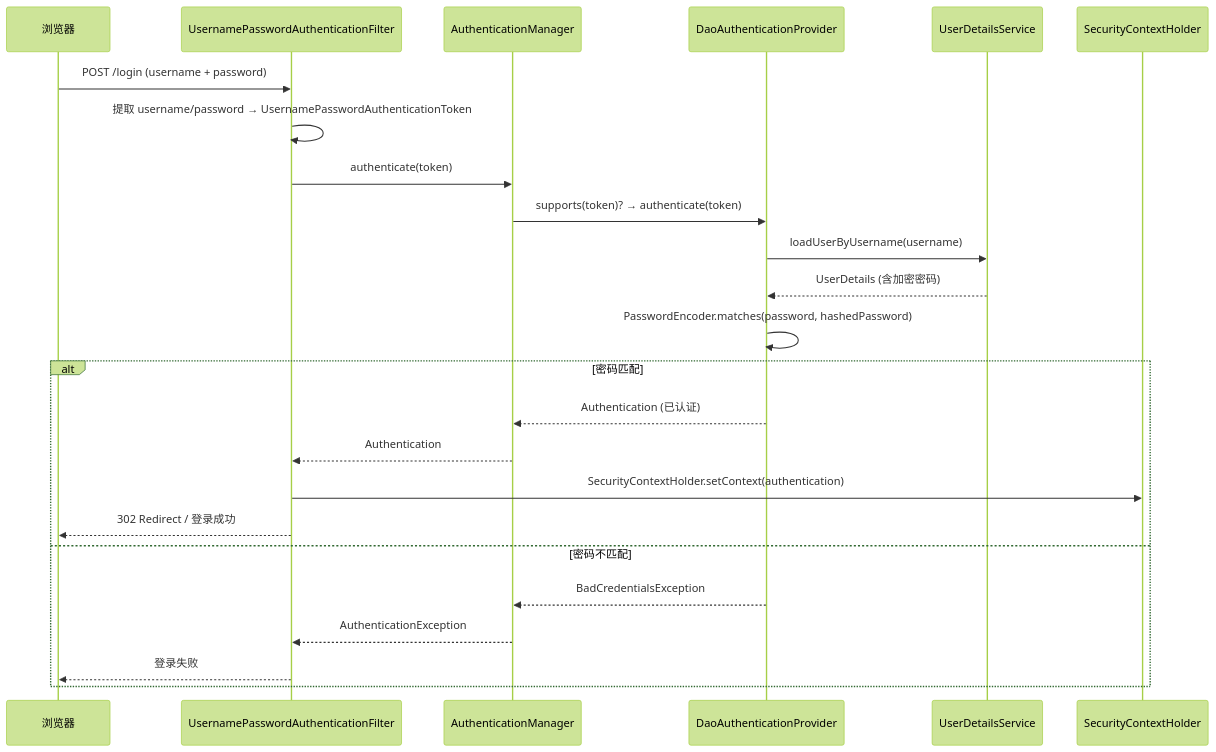
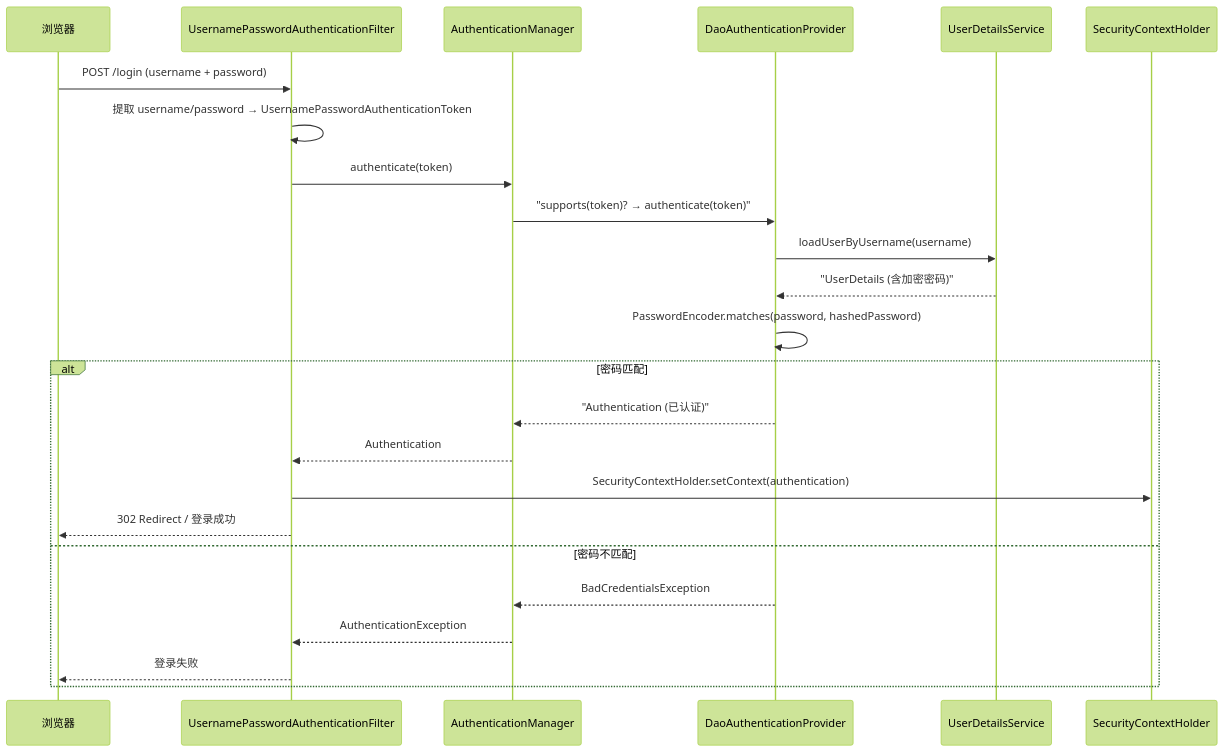
Diagram 30 of 33 in springboot-core-architecture.md (SilkLee/full-stack-guide), drawn with Mermaid (forest theme) before and after one commit. The commit also changed other lines of this file, not shown here.

Commit message:
Fix Mermaid sequenceDiagram parse errors: quote all message texts containing parentheses

````diff
--- a/springboot-core-architecture.md
+++ b/springboot-core-architecture.md
@@ -2017,30 +2017,30 @@
 ```mermaid
 sequenceDiagram
     participant User as 浏览器
     participant Filter as UsernamePasswordAuthenticationFilter
     participant AM as AuthenticationManager
     participant Provider as DaoAuthenticationProvider
     participant UDS as UserDetailsService
     participant SC as SecurityContextHolder
 
     User->>Filter: POST /login (username + password)
     Filter->>Filter: 提取 username/password → UsernamePasswordAuthenticationToken
     
     Filter->>AM: authenticate(token)
-    AM->>Provider: supports(token)? → authenticate(token)
+    AM->>Provider: "supports(token)? → authenticate(token)"
     
     Provider->>UDS: loadUserByUsername(username)
-    UDS-->>Provider: UserDetails (含加密密码)
+    UDS-->>Provider: "UserDetails (含加密密码)"
     
     Provider->>Provider: PasswordEncoder.matches(password, hashedPassword)
     alt 密码匹配
-        Provider-->>AM: Authentication (已认证)
+        Provider-->>AM: "Authentication (已认证)"
         AM-->>Filter: Authentication
         Filter->>SC: SecurityContextHolder.setContext(authentication)
         Filter-->>User: 302 Redirect / 登录成功
     else 密码不匹配
         Provider-->>AM: BadCredentialsException
         AM-->>Filter: AuthenticationException
         Filter-->>User: 登录失败
     end
 ```
````
